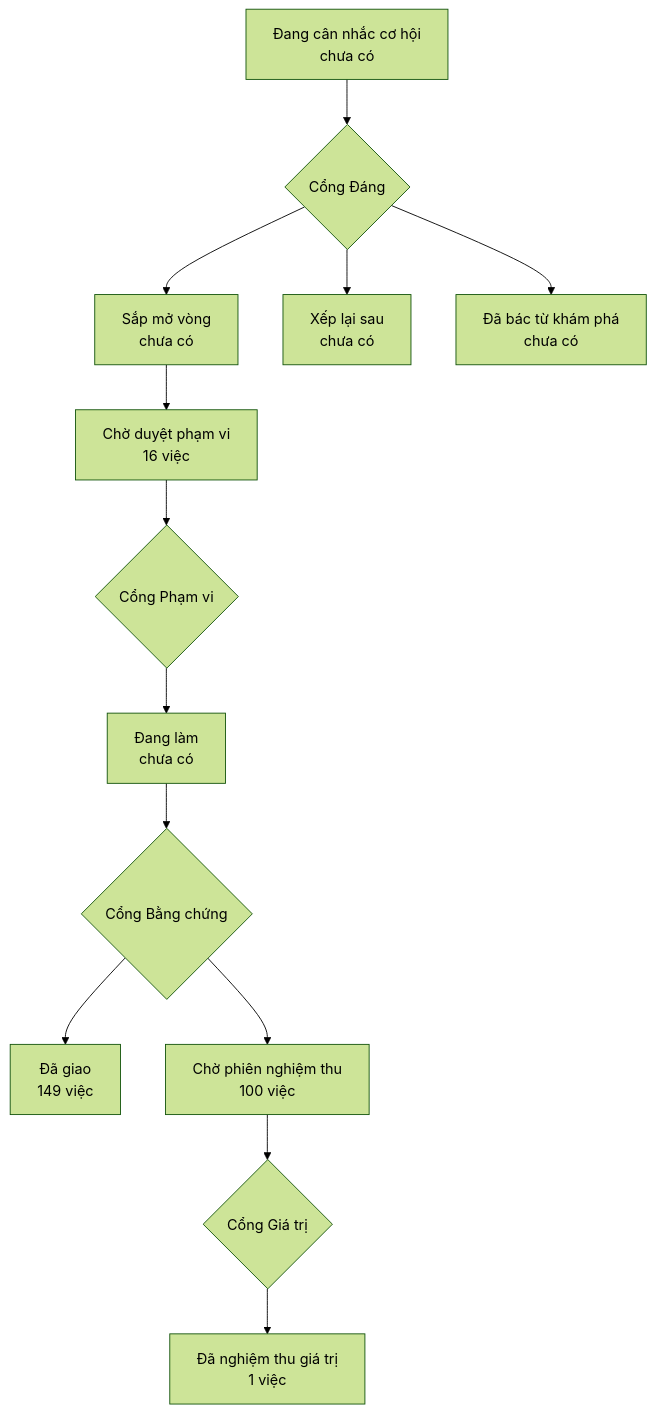
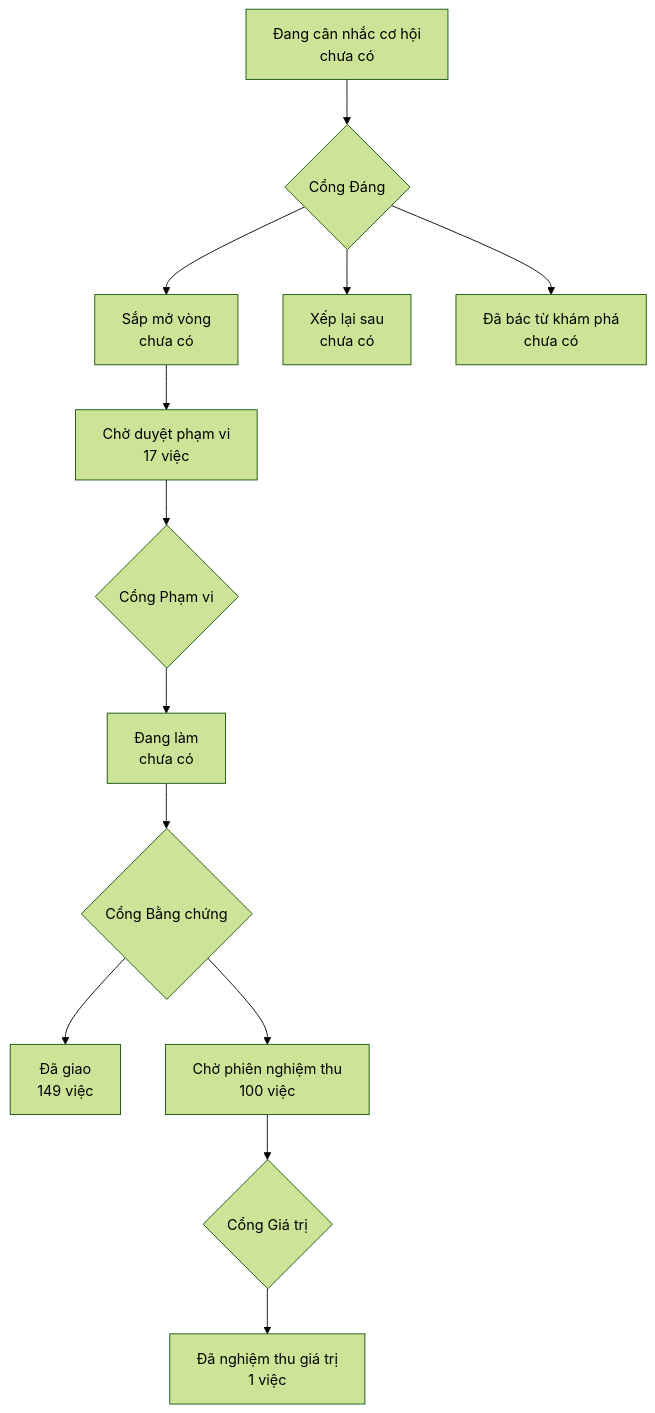
One commit to phanlemanh/onehub-invest changed the diagram in PRODUCT-MAP.md. Above: the diagram before and after it, drawn with Mermaid (forest theme). The commit also changed other lines of this file and 1 other file, not shown here.

Commit message:
chore(acceptance): vẽ lại bản đồ sau khi gộp main vào ops-collections-api-cloud

````diff
--- a/PRODUCT-MAP.md
+++ b/PRODUCT-MAP.md
@@ -7,12 +7,12 @@
 ```mermaid
 flowchart TD
   A["Đang cân nhắc cơ hội<br/>chưa có"] --> GD{"Cổng Đáng"}
   GD --> B["Sắp mở vòng<br/>chưa có"]
   GD --> XL["Xếp lại sau<br/>chưa có"]
   GD --> DB["Đã bác từ khám phá<br/>chưa có"]
-  B --> CD["Chờ duyệt phạm vi<br/>16 việc"] --> GP{"Cổng Phạm vi"}
+  B --> CD["Chờ duyệt phạm vi<br/>17 việc"] --> GP{"Cổng Phạm vi"}
   GP --> DL["Đang làm<br/>chưa có"] --> GB{"Cổng Bằng chứng"}
   GB --> DG["Đã giao<br/>149 việc"]
   GB --> CN["Chờ phiên nghiệm thu<br/>100 việc"] --> GG{"Cổng Giá trị"}
   GG --> NT["Đã nghiệm thu giá trị<br/>1 việc"]
 ```
````
